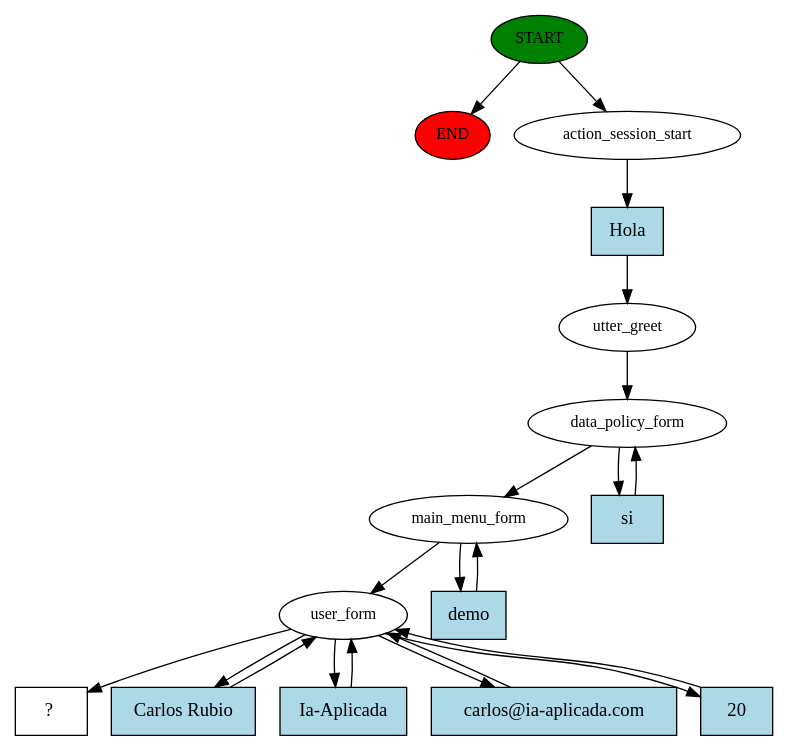
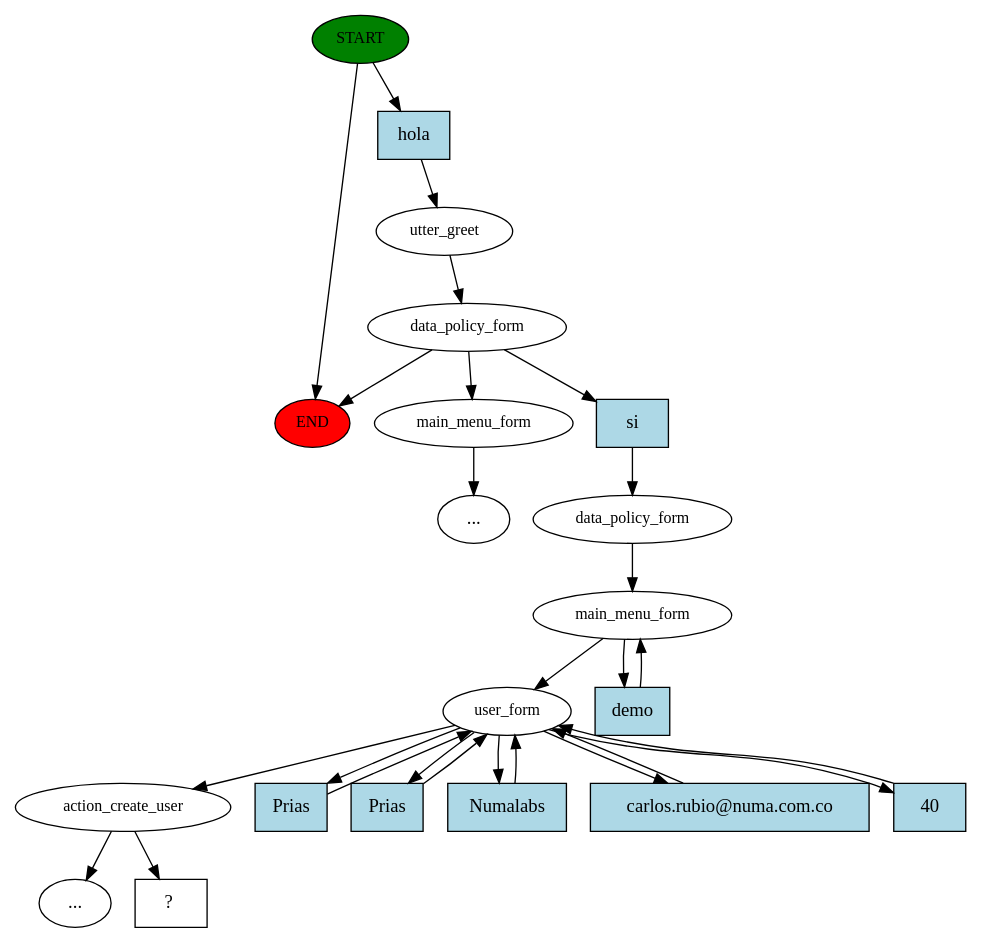
The diagram in story_graph.dot (carlosfrubio/doit.cara_comercial), drawn with Graphviz before and after one commit. The commit also changed 5 other files, not shown here.

```diff
--- a/story_graph.dot
+++ b/story_graph.dot
@@ -1,37 +1,48 @@
 digraph  {
 0 [class="start active", fillcolor=green, fontsize=12, label=START, style=filled];
 "-1" [class=end, fillcolor=red, fontsize=12, label=END, style=filled];
-1 [class=active, fontsize=12, label=action_session_start];
-2 [class=active, fontsize=12, label=utter_greet];
-3 [class=active, fontsize=12, label=data_policy_form];
-5 [class=active, fontsize=12, label=main_menu_form];
-7 [class=active, fontsize=12, label=user_form];
-12 [class="intent dashed active", label="  ?  ", shape=rect];
-13 [class="intent active", fillcolor=lightblue, label=Hola, shape=rect, style=filled];
-14 [class="intent active", fillcolor=lightblue, label=si, shape=rect, style=filled];
-15 [class="intent active", fillcolor=lightblue, label=demo, shape=rect, style=filled];
-16 [class="intent active", fillcolor=lightblue, label="Carlos Rubio", shape=rect, style=filled];
-17 [class="intent active", fillcolor=lightblue, label="Ia-Aplicada", shape=rect, style=filled];
-18 [class="intent active", fillcolor=lightblue, label="carlos@ia-aplicada.com", shape=rect, style=filled];
-19 [class="intent active", fillcolor=lightblue, label=20, shape=rect, style=filled];
+1 [class=active, fontsize=12, label=utter_greet];
+2 [class=active, fontsize=12, label=data_policy_form];
+5 [class="", fontsize=12, label=main_menu_form];
+"-3" [class=ellipsis, label="..."];
+10 [class=active, fontsize=12, label=data_policy_form];
+11 [class=active, fontsize=12, label=main_menu_form];
+13 [class=active, fontsize=12, label=user_form];
+19 [class=active, fontsize=12, label=action_create_user];
+"-4" [class=ellipsis, label="..."];
+32 [class="intent dashed active", label="  ?  ", shape=rect];
+33 [class="intent active", fillcolor=lightblue, label=hola, shape=rect, style=filled];
+34 [class="intent active", fillcolor=lightblue, label=si, shape=rect, style=filled];
+35 [class="intent active", fillcolor=lightblue, label=demo, shape=rect, style=filled];
+36 [class="intent active", fillcolor=lightblue, label=Prias, shape=rect, style=filled];
+37 [class=intent, fillcolor=lightblue, label=Prias, shape=rect, style=filled];
+38 [class="intent active", fillcolor=lightblue, label=Numalabs, shape=rect, style=filled];
+39 [class="intent active", fillcolor=lightblue, label="carlos.rubio@numa.com.co", shape=rect, style=filled];
+40 [class="intent active", fillcolor=lightblue, label=40, shape=rect, style=filled];
 0 -> "-1"  [class="", key=NONE, label=""];
-0 -> 1  [class=active, key=NONE, label=""];
-1 -> 13  [class=active, key=0];
-2 -> 3  [class=active, key=NONE, label=""];
-3 -> 5  [class=active, key=NONE, label=""];
-3 -> 14  [class=active, key=0];
-5 -> 7  [class=active, key=NONE, label=""];
-5 -> 15  [class=active, key=0];
-7 -> 12  [class=active, key=NONE, label=""];
-7 -> 16  [class=active, key=0];
-7 -> 17  [class=active, key=0];
-7 -> 18  [class=active, key=0];
-7 -> 19  [class=active, key=0];
-13 -> 2  [class=active, key=0];
-14 -> 3  [class=active, key=0];
-15 -> 5  [class=active, key=0];
-16 -> 7  [class=active, key=0];
-17 -> 7  [class=active, key=0];
-18 -> 7  [class=active, key=0];
-19 -> 7  [class=active, key=0];
+0 -> 33  [class=active, key=0];
+1 -> 2  [class=active, key=NONE, label=""];
+2 -> "-1"  [class="", key=NONE, label=""];
+2 -> 5  [class="", key=NONE, label=""];
+2 -> 34  [class=active, key=0];
+5 -> "-3"  [class="", key=NONE, label=""];
+10 -> 11  [class=active, key=NONE, label=""];
+11 -> 13  [class=active, key=NONE, label=""];
+11 -> 35  [class=active, key=0];
+13 -> 19  [class=active, key=NONE, label=""];
+13 -> 36  [class=active, key=0];
+13 -> 37  [class="", key=0];
+13 -> 38  [class=active, key=0];
+13 -> 39  [class=active, key=0];
+13 -> 40  [class=active, key=0];
+19 -> "-4"  [class="", key=NONE, label=""];
+19 -> 32  [class=active, key=NONE, label=""];
+33 -> 1  [class=active, key=0];
+34 -> 10  [class=active, key=0];
+35 -> 11  [class=active, key=0];
+36 -> 13  [class=active, key=0];
+37 -> 13  [class="", key=0];
+38 -> 13  [class=active, key=0];
+39 -> 13  [class=active, key=0];
+40 -> 13  [class=active, key=0];
 }
```
